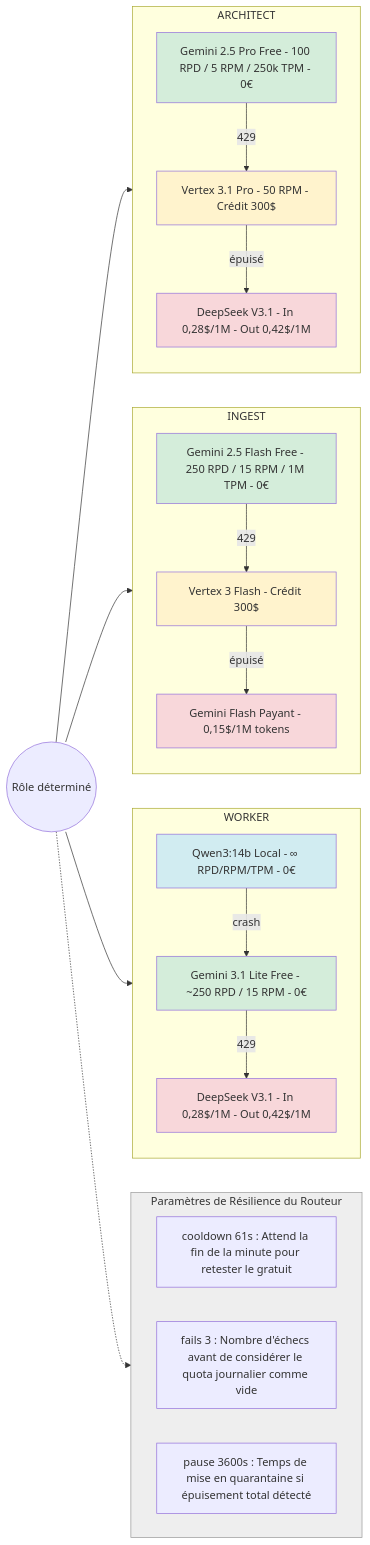
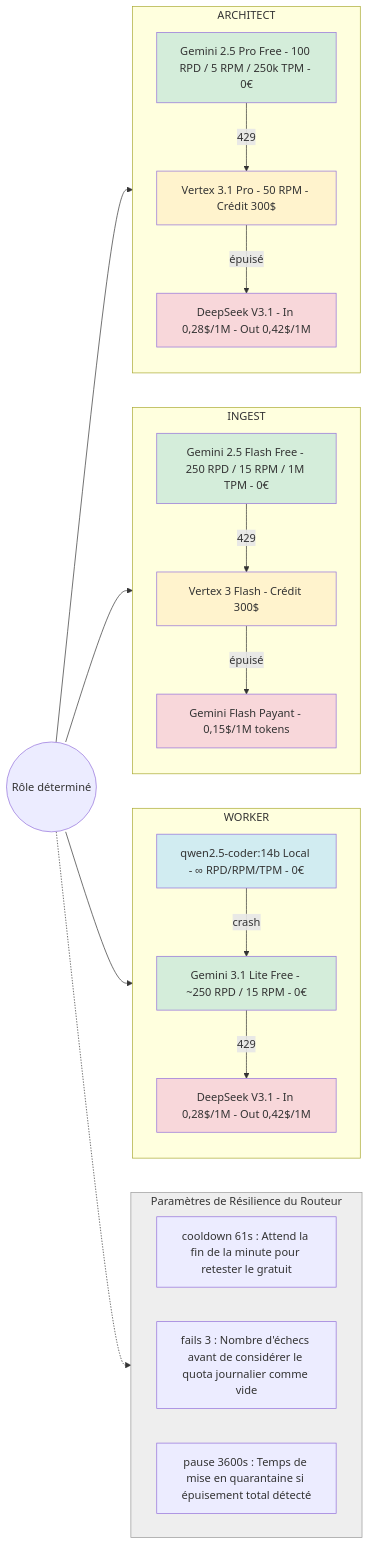
One commit to nghiaphan31/albert-agile changed the third of 4 diagrams in specs/plans/Strategie_Routage_Intelligent_Proposition_Gemini.md. Above: the diagram before and after it, drawn with Mermaid. The commit also changed other lines of this file and 2 other files, not shown here.

First line of the commit message:
feat(config): Phase 1 — correctifs remédiation revue Gemini

````diff
--- a/specs/plans/Strategie_Routage_Intelligent_Proposition_Gemini.md
+++ b/specs/plans/Strategie_Routage_Intelligent_Proposition_Gemini.md
@@ -116,43 +116,43 @@
 ```mermaid
 flowchart LR
     Role((Rôle déterminé)) --> ARCHITECT
     Role --> INGEST
     Role --> WORKER
 
     subgraph ARCHITECT [ARCHITECT]
         direction TB
         Arc1["Gemini 2.5 Pro Free - 100 RPD / 5 RPM / 250k TPM - 0€"] -->|429| Arc2["Vertex 3.1 Pro - 50 RPM - Crédit 300$"]
         Arc2 -->|épuisé| Arc3["DeepSeek V3.1 - In 0,28$/1M - Out 0,42$/1M"]
     end
 
     subgraph INGEST [INGEST]
         direction TB
         Ing1["Gemini 2.5 Flash Free - 250 RPD / 15 RPM / 1M TPM - 0€"] -->|429| Ing2["Vertex 3 Flash - Crédit 300$"]
         Ing2 -->|épuisé| Ing3["Gemini Flash Payant - 0,15$/1M tokens"]
     end
 
     subgraph WORKER [WORKER]
         direction TB
-        Wor1["Qwen3:14b Local - ∞ RPD/RPM/TPM - 0€"] -->|crash| Wor2["Gemini 3.1 Lite Free - ~250 RPD / 15 RPM - 0€"]
+        Wor1["qwen2.5-coder:14b Local - ∞ RPD/RPM/TPM - 0€"] -->|crash| Wor2["Gemini 3.1 Lite Free - ~250 RPD / 15 RPM - 0€"]
         Wor2 -->|429| Wor3["DeepSeek V3.1 - In 0,28$/1M - Out 0,42$/1M"]
     end
 
     subgraph Router_Params [Paramètres de Résilience du Routeur]
         direction LR
         R1[cooldown 61s : Attend la fin de la minute pour retester le gratuit]
         R2[fails 3 : Nombre d'échecs avant de considérer le quota journalier comme vide]
         R3[pause 3600s : Temps de mise en quarantaine si épuisement total détecté]
     end
     Role -.-> Router_Params
 
     style Arc1 fill:#d4edda
     style Ing1 fill:#d4edda
     style Wor1 fill:#d1ecf1
     style Wor2 fill:#d4edda
     style Arc2 fill:#fff3cd
     style Ing2 fill:#fff3cd
     style Arc3 fill:#f8d7da
     style Ing3 fill:#f8d7da
     style Wor3 fill:#f8d7da
     style Router_Params fill:#eee,stroke:#999
 ```
````
